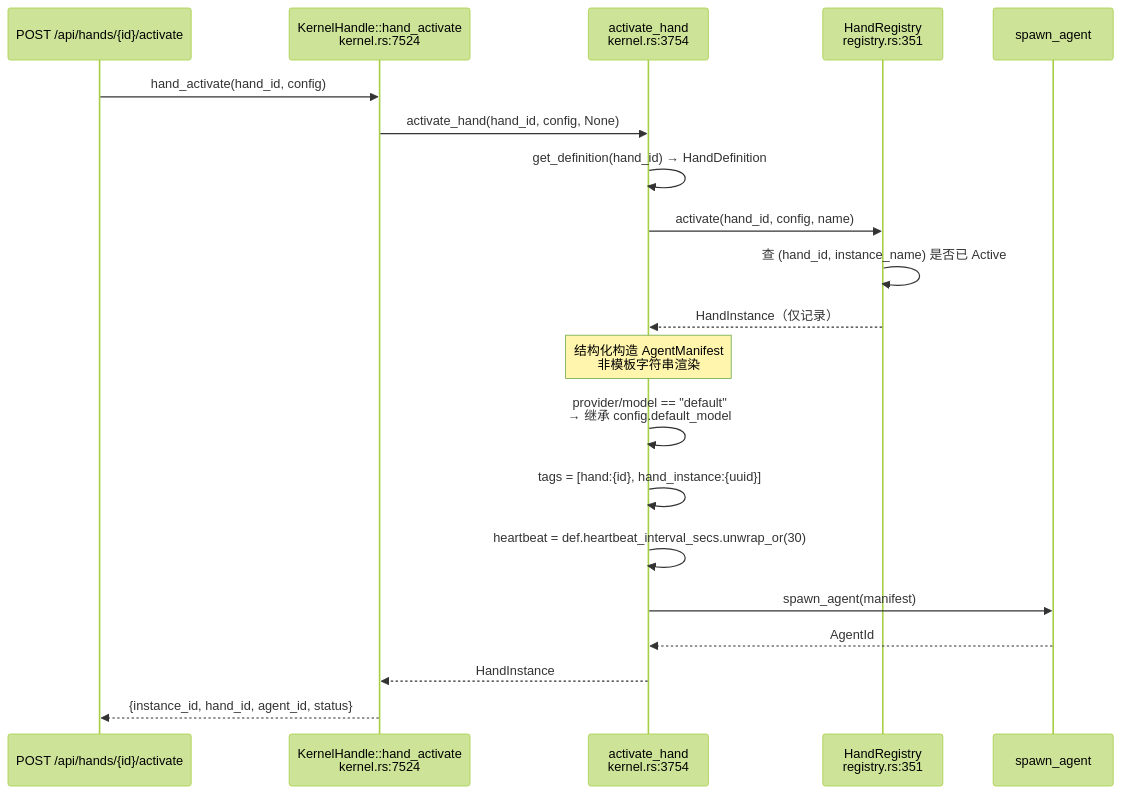
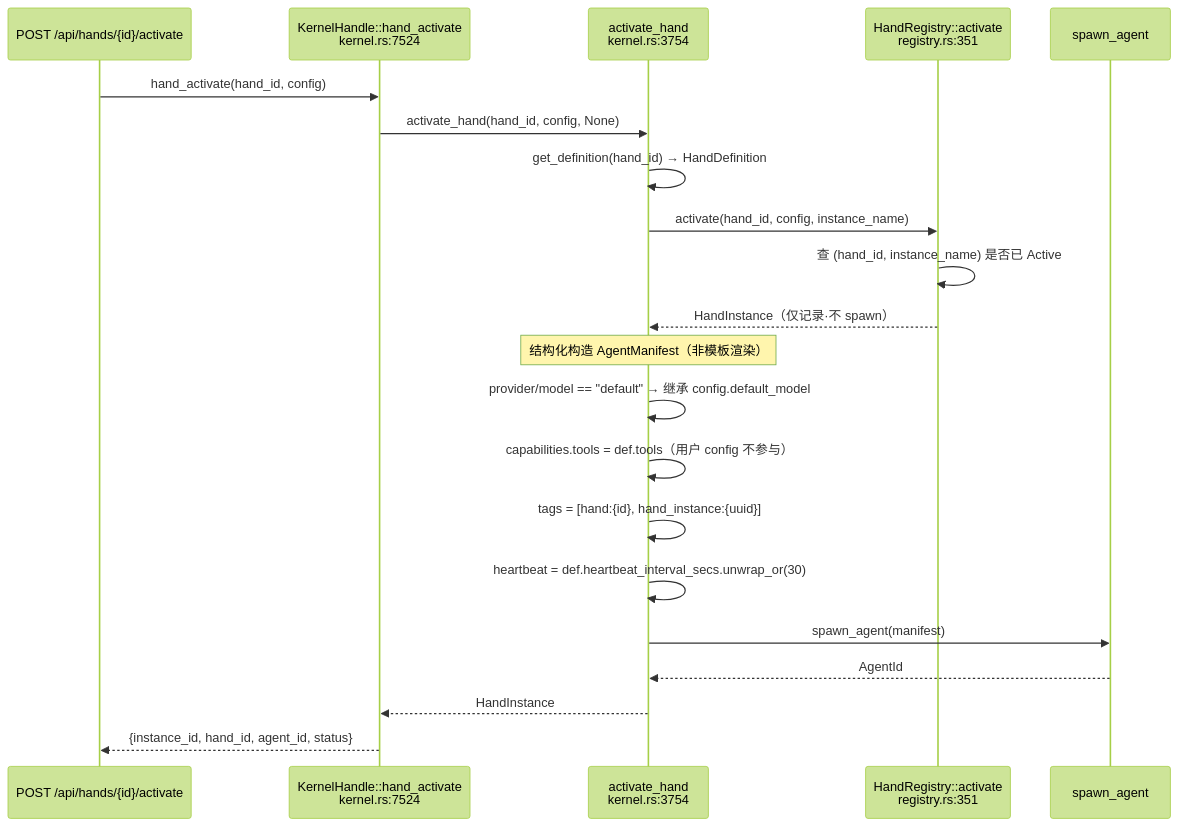
One commit to SpaceX-mit/openfang-handbook changed the diagram in Deepdive/openfang-hands-workflow.md. Above: the diagram before and after it, drawn with Mermaid (forest theme). The commit also changed other lines of this file and 2 other files, not shown here.

First line of the commit message:
docs(Deepdive): 完成 goal §27 与 §82 —— Workflow 编排表达力 + 第 28 张图

````diff
--- a/Deepdive/openfang-hands-workflow.md
+++ b/Deepdive/openfang-hands-workflow.md
@@ -35,24 +83,25 @@
 ```mermaid
 sequenceDiagram
     participant API as POST /api/hands/{id}/activate
     participant KH as KernelHandle::hand_activate<br/>kernel.rs:7524
     participant K as activate_hand<br/>kernel.rs:3754
-    participant HR as HandRegistry<br/>registry.rs:351
+    participant HR as HandRegistry::activate<br/>registry.rs:351
     participant SP as spawn_agent
 
     API->>KH: hand_activate(hand_id, config)
     KH->>K: activate_hand(hand_id, config, None)
     K->>K: get_definition(hand_id) → HandDefinition
-    K->>HR: activate(hand_id, config, name)
+    K->>HR: activate(hand_id, config, instance_name)
     HR->>HR: 查 (hand_id, instance_name) 是否已 Active
-    HR-->>K: HandInstance（仅记录）
+    HR-->>K: HandInstance（仅记录·不 spawn）
 
-    Note over K: 结构化构造 AgentManifest<br/>非模板字符串渲染
-    K->>K: provider/model == "default"<br/>→ 继承 config.default_model
+    Note over K: 结构化构造 AgentManifest（非模板渲染）
+    K->>K: provider/model == "default" → 继承 config.default_model
+    K->>K: capabilities.tools = def.tools（用户 config 不参与）
     K->>K: tags = [hand:{id}, hand_instance:{uuid}]
     K->>K: heartbeat = def.heartbeat_interval_secs.unwrap_or(30)
     K->>SP: spawn_agent(manifest)
     SP-->>K: AgentId
     K-->>KH: HandInstance
     KH-->>API: {instance_id, hand_id, agent_id, status}
 ```
````
